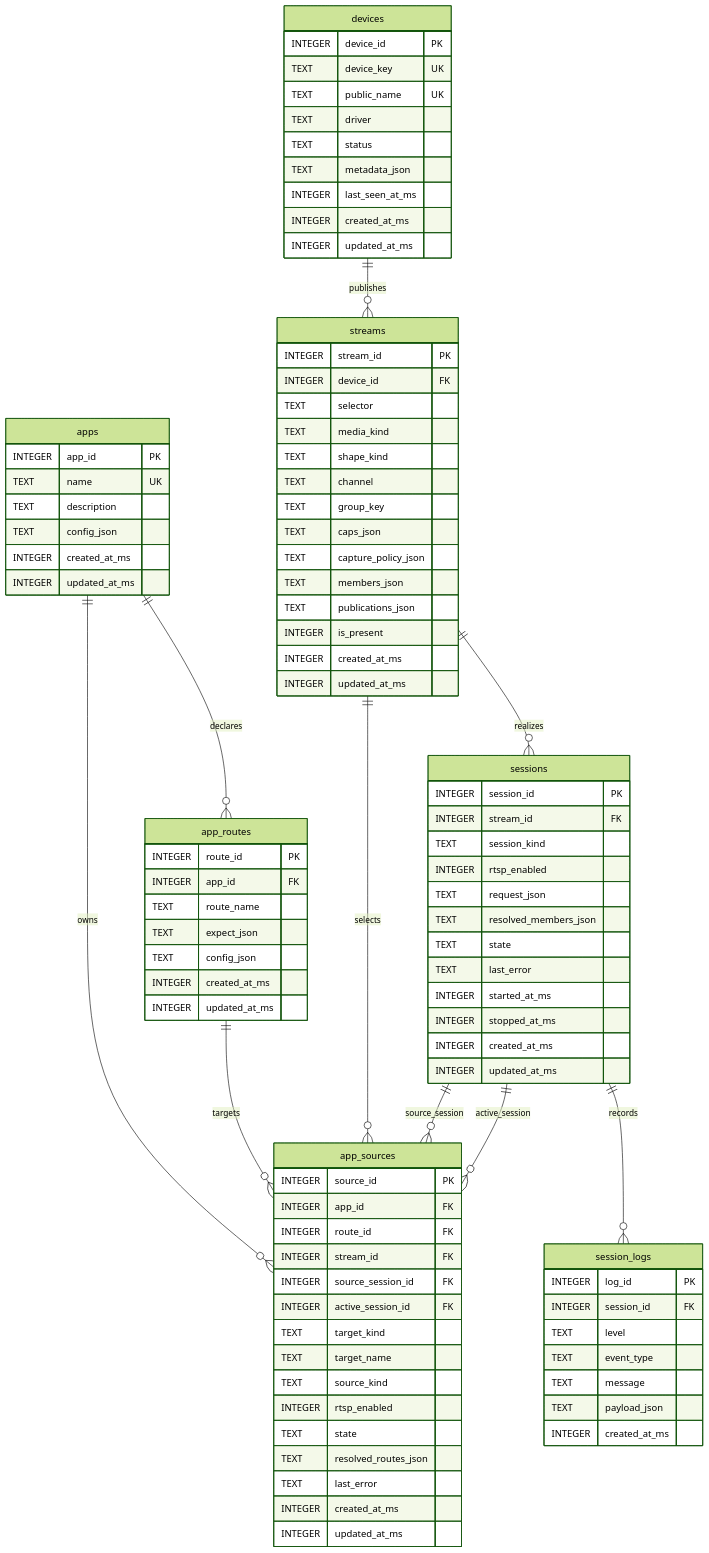
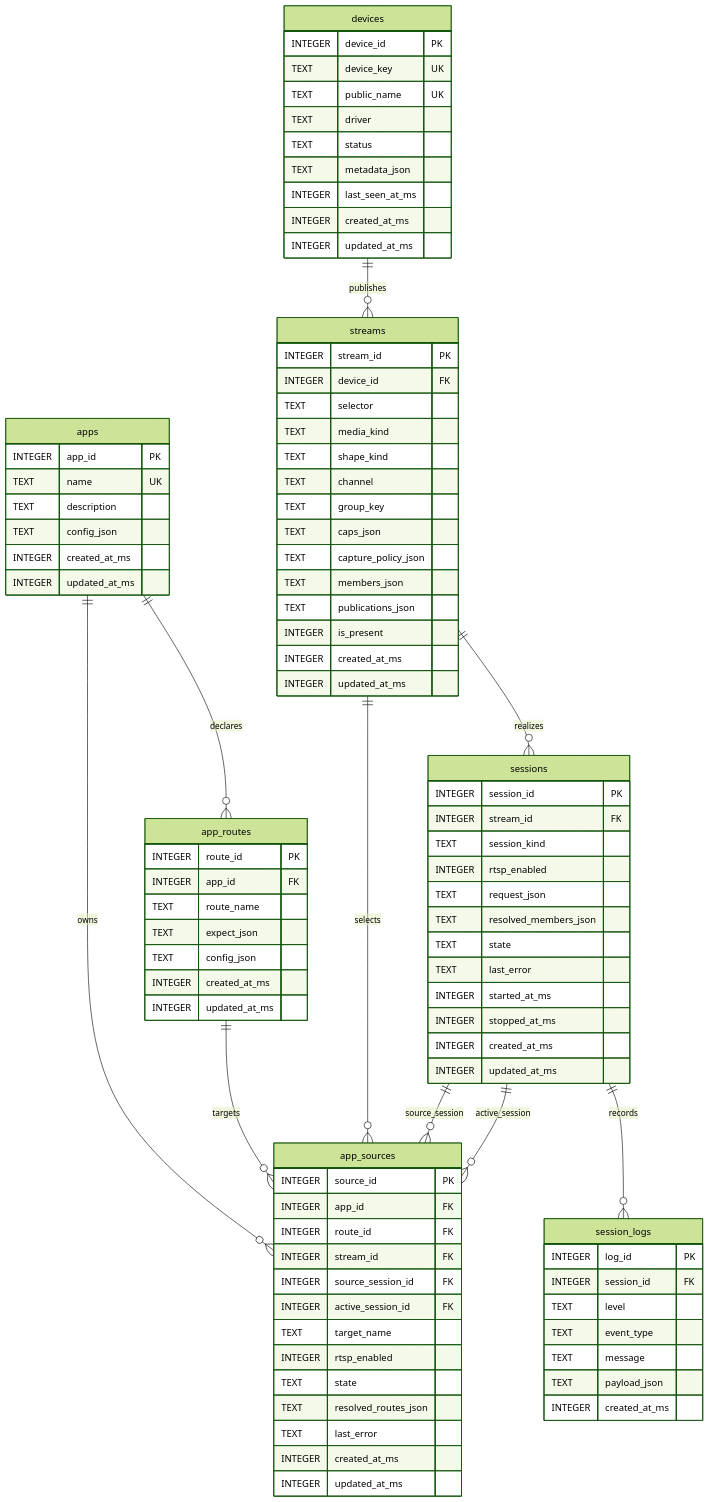
The diagram in docs/diagram/intent-routing-er.md (YixinZ-NUS/insight-io), drawn with Mermaid (forest theme) before and after one commit. The commit also changed other lines of this file and 3 other files, not shown here.

Commit message:
Take back redundant app-source schema fields

```diff
--- a/docs/diagram/intent-routing-er.md
+++ b/docs/diagram/intent-routing-er.md
@@ -85,9 +92,7 @@
         INTEGER stream_id FK
         INTEGER source_session_id FK
         INTEGER active_session_id FK
-        TEXT target_kind
         TEXT target_name
-        TEXT source_kind
         INTEGER rtsp_enabled
         TEXT state
         TEXT resolved_routes_json
```
